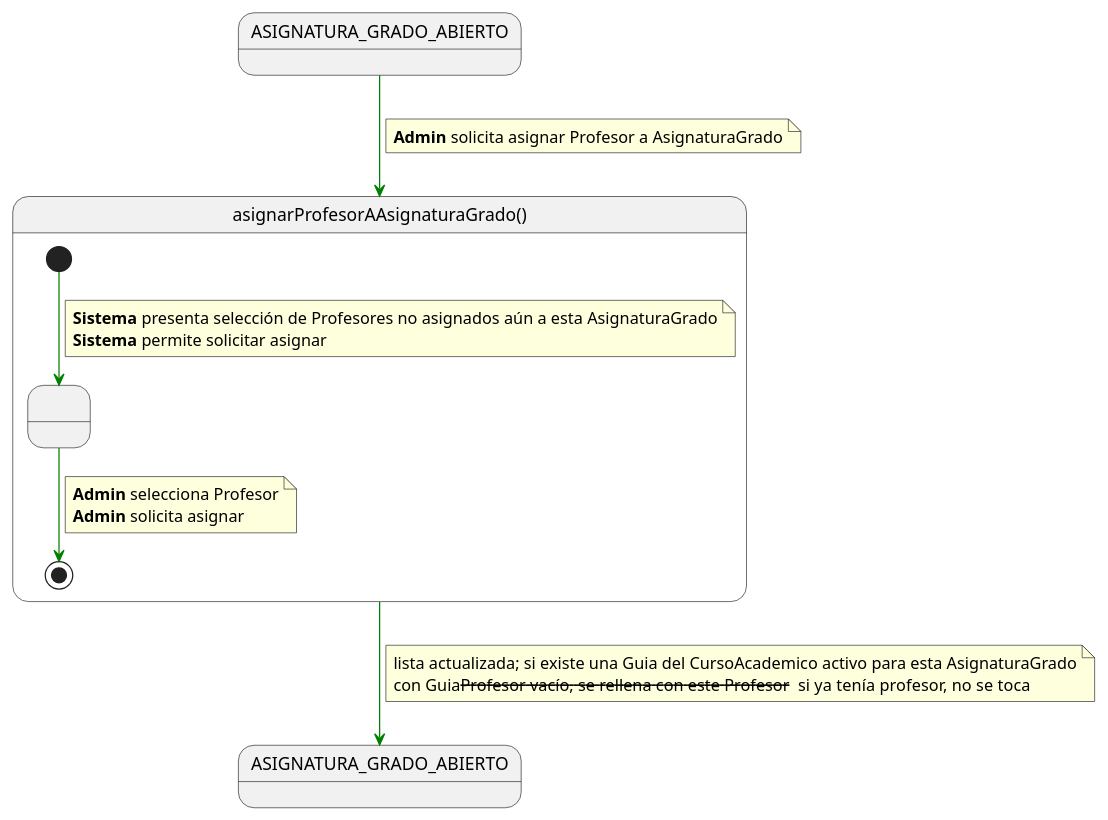
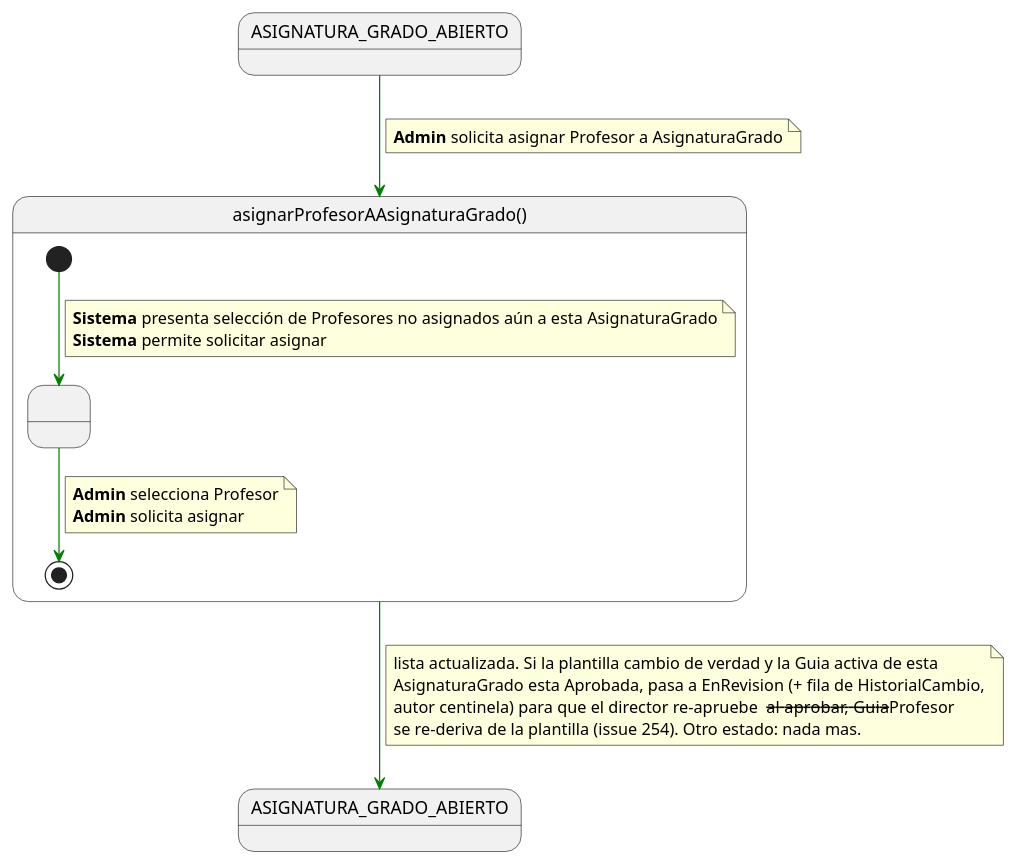
One commit to mmasias/pyCeldaPublico changed the diagram in RUP/01-requisitos/03-detalle-casos-uso/asignarProfesorAAsignaturaGrado/especificacion.puml. Above: the diagram before and after it, drawn with PlantUML. The commit also changed 393 other files, not shown here.

First line of the commit message:
docs: sincroniza catálogo completo con pyCelda (91 -> 103 casos de uso, ver detalle en el cuerpo del commit siguiente)

```diff
--- a/RUP/01-requisitos/03-detalle-casos-uso/asignarProfesorAAsignaturaGrado/especificacion.puml
+++ b/RUP/01-requisitos/03-detalle-casos-uso/asignarProfesorAAsignaturaGrado/especificacion.puml
@@ -1,36 +1,38 @@
 @startuml asignarProfesorAAsignaturaGrado
 
 skinparam linetype polyline
 
 state ASIGNATURA_GRADO_ABIERTO
 state ASIGNATURA_GRADO_ABIERTO_SALIDA as "ASIGNATURA_GRADO_ABIERTO"
 
 ASIGNATURA_GRADO_ABIERTO -[#green]-> asignarProfesorAAsignaturaGrado
 note on link
 <b>Admin</b> solicita asignar Profesor a AsignaturaGrado
 end note
 
 state asignarProfesorAAsignaturaGrado as "asignarProfesorAAsignaturaGrado()" {
 
     state " " as SolicitandoDatos
 
     [*] -[#green]-> SolicitandoDatos
     note on link
     <b>Sistema</b> presenta selección de Profesores no asignados aún a esta AsignaturaGrado
     <b>Sistema</b> permite solicitar asignar
     end note
 
     SolicitandoDatos -[#green]-> [*]
     note on link
     <b>Admin</b> selecciona Profesor
     <b>Admin</b> solicita asignar
     end note
 }
 
 asignarProfesorAAsignaturaGrado -[#green]-> ASIGNATURA_GRADO_ABIERTO_SALIDA
 note on link
-lista actualizada; si existe una Guia del CursoAcademico activo para esta AsignaturaGrado
-con Guia--Profesor vacío, se rellena con este Profesor -- si ya tenía profesor, no se toca
+lista actualizada. Si la plantilla cambio de verdad y la Guia activa de esta
+AsignaturaGrado esta Aprobada, pasa a EnRevision (+ fila de HistorialCambio,
+autor centinela) para que el director re-apruebe -- al aprobar, Guia--Profesor
+se re-deriva de la plantilla (issue 254). Otro estado: nada mas.
 end note
 
 @enduml
```
